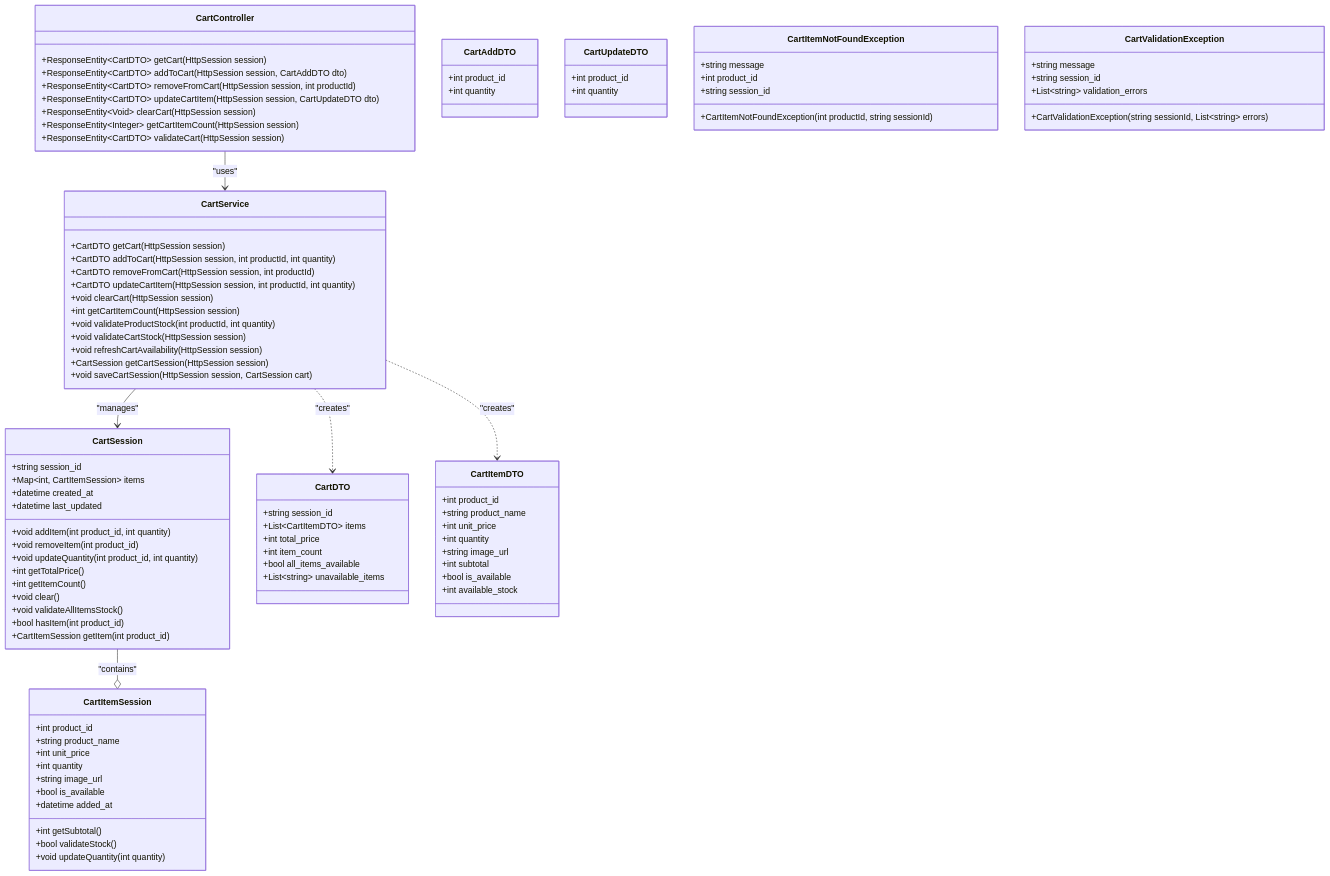
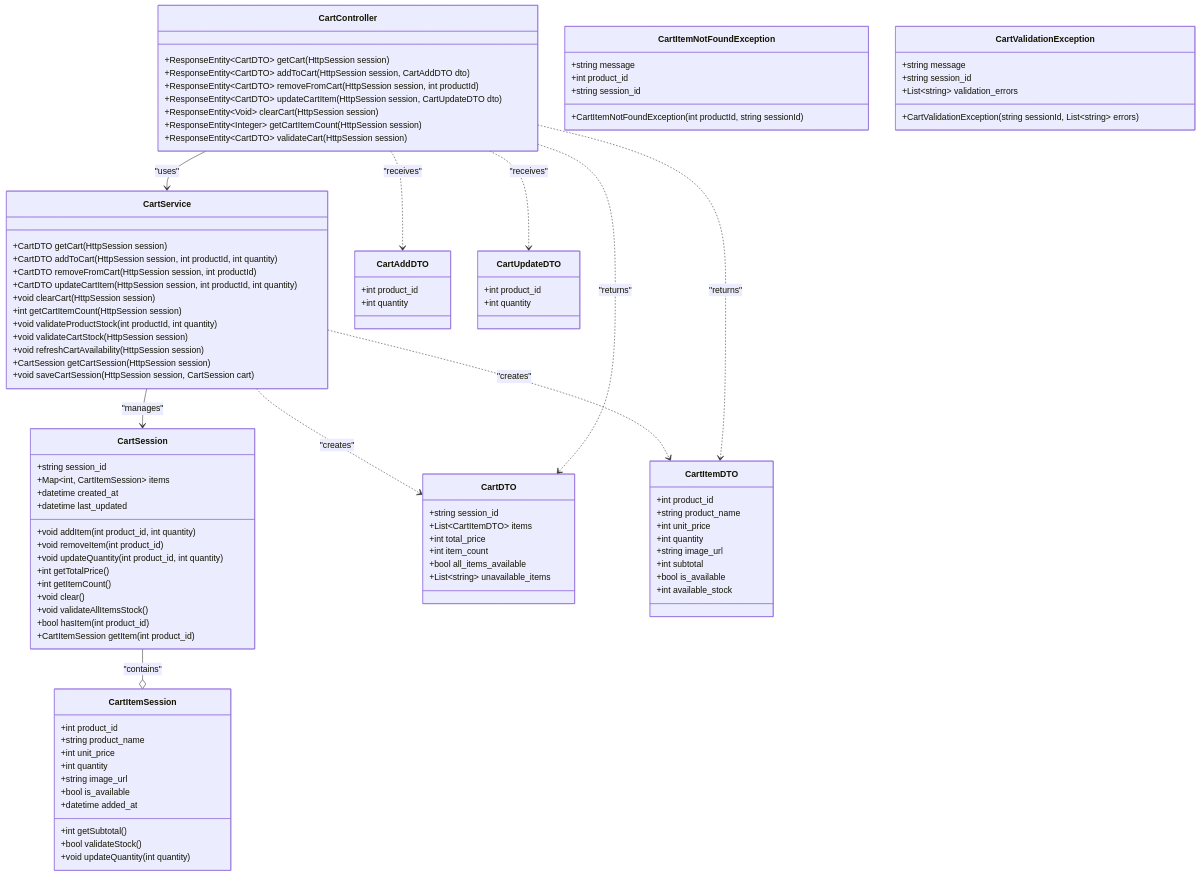
Before and after one commit to Aoi-Yaegashi/teamF: diagram 39 of 42 in 詳細設計/提出用/詳細設計書.md, drawn with Mermaid. The commit also changed other lines of this file and 1 other file, not shown here.

````diff
--- a/詳細設計/提出用/詳細設計書.md
+++ b/詳細設計/提出用/詳細設計書.md
@@ -2127,4 +2072,8 @@
     CartController --> CartService : "uses"
     CartService ..> CartDTO : "creates"
     CartService ..> CartItemDTO : "creates"
+    CartController ..> CartAddDTO : "receives"
+    CartController ..> CartUpdateDTO : "receives"
+    CartController ..> CartDTO : "returns"
+    CartController ..> CartItemDTO : "returns"
 ```
````
